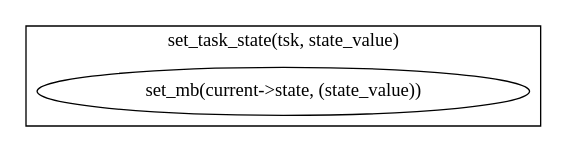
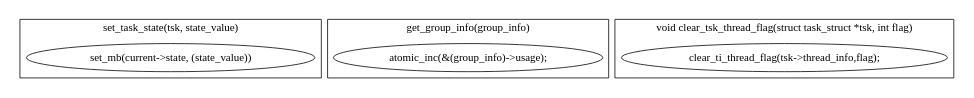
The diagram in kernel_head/sched.h.dot (BGCX261/zone-source-git), drawn with Graphviz before and after one commit. The commit also changed 3 other files, not shown here.

```diff
--- a/kernel_head/sched.h.dot
+++ b/kernel_head/sched.h.dot
@@ -1,16 +1,29 @@
 digraph sched_h{
         size="10,18";
         ratio=filled;
 
-		subgraph cluster_set_task_state{
-				label="set_task_state(tsk, state_value)";
+	subgraph cluster_set_task_state{
+		label="set_task_state(tsk, state_value)";
+                
+		set_mb[label="set_mb((tsk)->state, (state_value))"];
+	}
 
-				set_mb[label="set_mb((tsk)->state, (state_value))"];
-		}
+	subgraph cluster_set_current_state{
+		label="set_current_state(state_value)";
 
-		subgraph cluster_set_current_state{
-				label="set_current_state(state_value)";
+		set_mb[label="set_mb(current->state, (state_value))"];
+        }
+        
 
-				set_mb[label="set_mb(current->state, (state_value))"];
-		}
+        subgraph cluster_get_group_info{
+		label="get_group_info(group_info)";
+
+                atomic_inc[label="atomic_inc(&(group_info)->usage);"];
+        }
+
+        subgraph cluster_clear_task_thread_flag{
+                label="void clear_tsk_thread_flag(struct task_struct *tsk, int flag)";
+                clear_ti_thread_flag[label="clear_ti_thread_flag(tsk->thread_info,flag);"];
+                
+        }
 }
```
